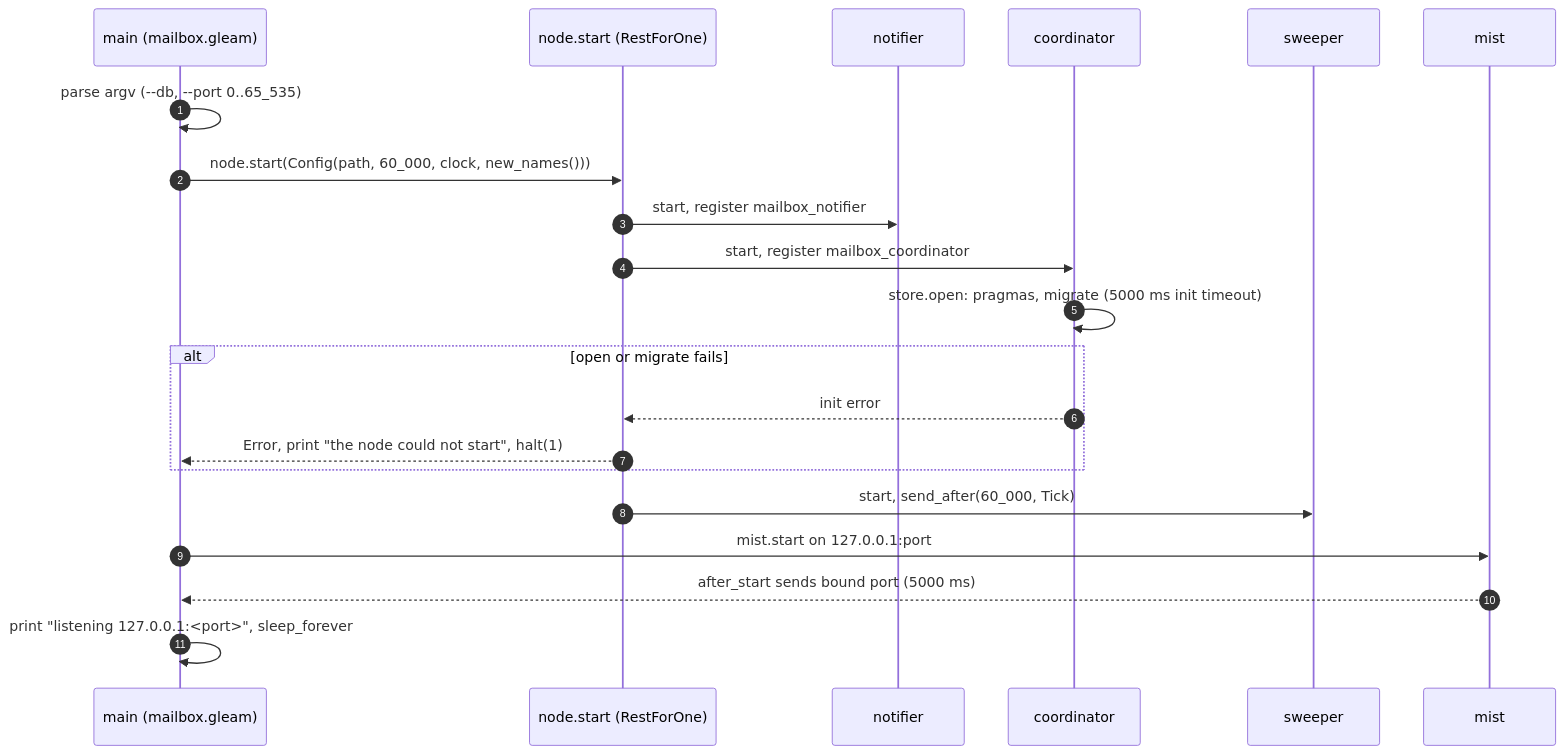
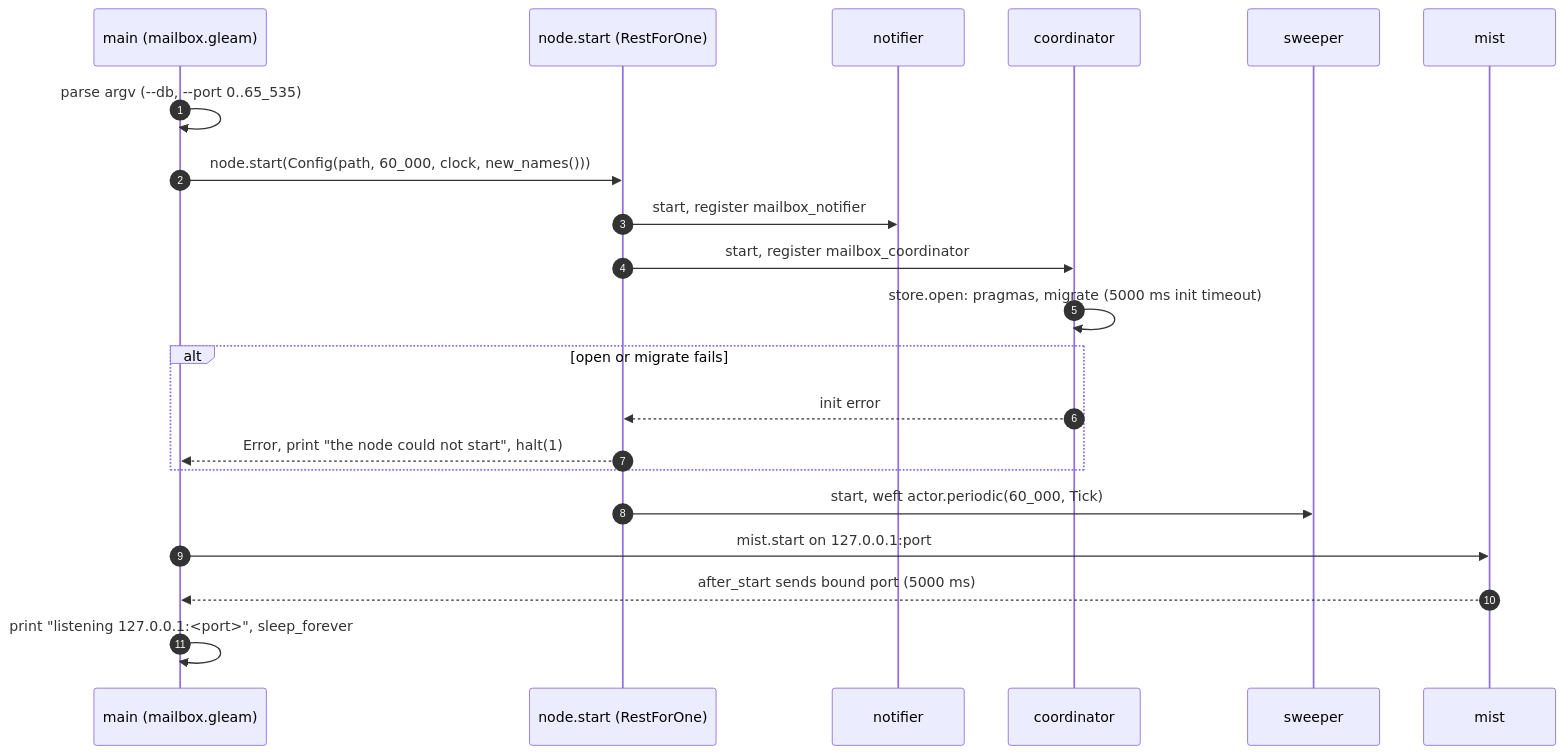
Before and after one commit to Roasbeef/pondline: the second of 6 diagrams in docs/architecture/mailbox.md, drawn with Mermaid. The commit also changed other lines of this file, not shown here.

First line of the commit message:
docs: bring the mailbox architecture doc up to the weft port

````diff
--- a/docs/architecture/mailbox.md
+++ b/docs/architecture/mailbox.md
@@ -77,24 +78,24 @@
 ```mermaid
 sequenceDiagram
     autonumber
     participant Main as main (mailbox.gleam)
     participant Sup as node.start (RestForOne)
     participant N as notifier
     participant C as coordinator
     participant S as sweeper
     participant M as mist
 
     Main->>Main: parse argv (--db, --port 0..65_535)
     Main->>Sup: node.start(Config(path, 60_000, clock, new_names()))
     Sup->>N: start, register mailbox_notifier
     Sup->>C: start, register mailbox_coordinator
     C->>C: store.open: pragmas, migrate (5000 ms init timeout)
     alt open or migrate fails
         C-->>Sup: init error
         Sup-->>Main: Error, print "the node could not start", halt(1)
     end
-    Sup->>S: start, send_after(60_000, Tick)
+    Sup->>S: start, weft actor.periodic(60_000, Tick)
     Main->>M: mist.start on 127.0.0.1:port
     M-->>Main: after_start sends bound port (5000 ms)
     Main->>Main: print "listening 127.0.0.1:<port>", sleep_forever
 ```
````
